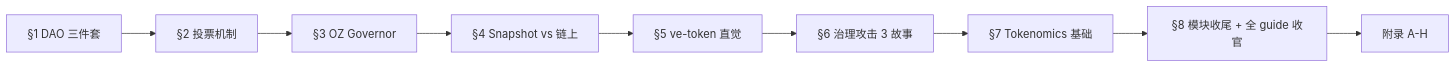
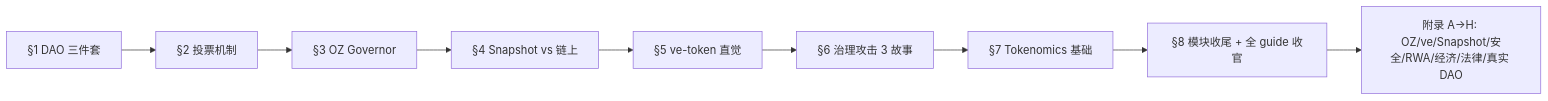
Before and after one commit to ChuwuYo/misc-files: the first of 4 diagrams in web3-engineer-guide/15-DAO治理与Tokenomics/README.md, drawn with Mermaid. The commit also changed other lines of this file and 108 other files, not shown here.

````diff
--- a/web3-engineer-guide/15-DAO治理与Tokenomics/README.md
+++ b/web3-engineer-guide/15-DAO治理与Tokenomics/README.md
@@ -15,11 +15,11 @@
 ```mermaid
 graph LR
     A[§1 DAO 三件套] --> B[§2 投票机制]
     B --> C[§3 OZ Governor]
     C --> D[§4 Snapshot vs 链上]
     D --> E[§5 ve-token 直觉]
     E --> F[§6 治理攻击 3 故事]
     F --> G[§7 Tokenomics 基础]
     G --> H[§8 模块收尾 + 全 guide 收官]
-    H --> Z[附录 A-H]
+    H --> Z[附录 A→H: OZ/ve/Snapshot/安全/RWA/经济/法律/真实 DAO]
 ```
````
